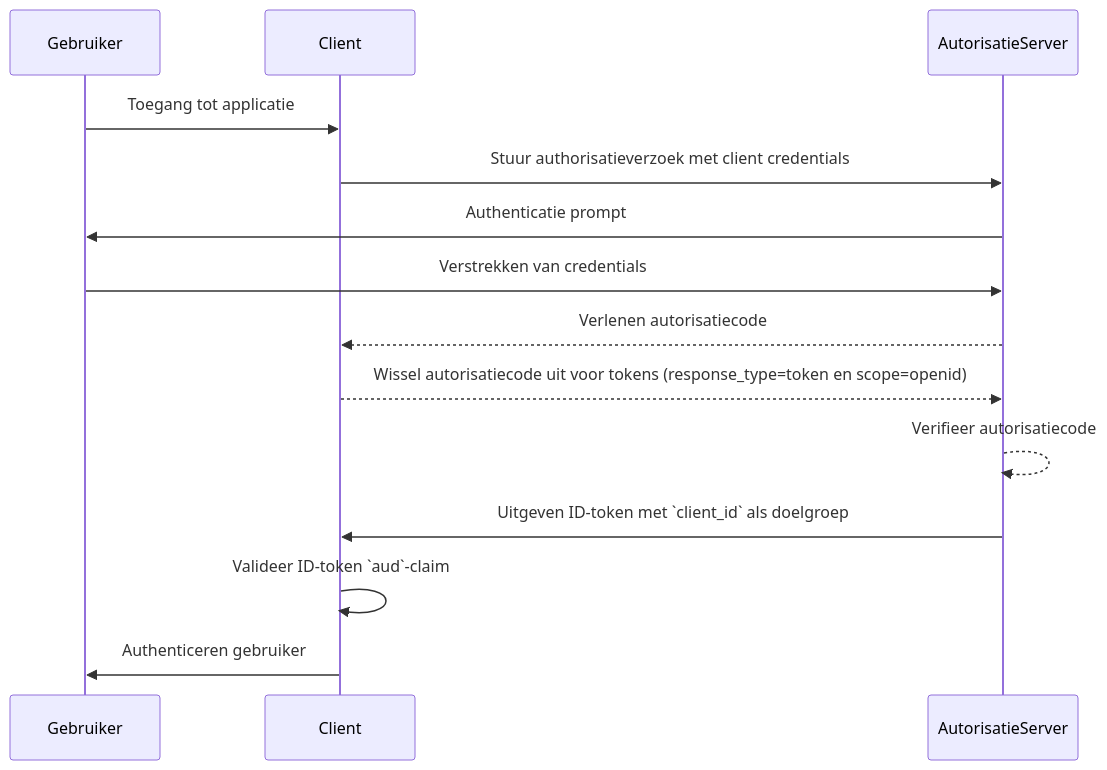
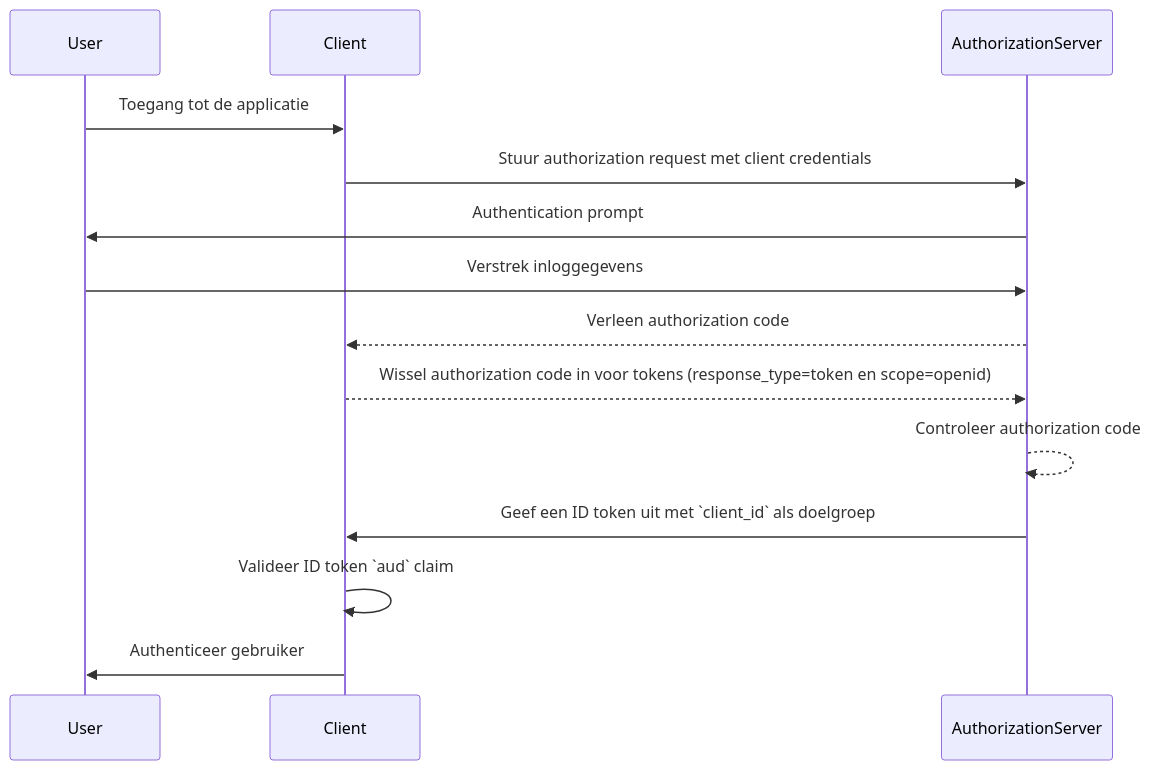
One commit to logto-io/auth-wiki changed the first of 2 diagrams in src/content/terms/nl/audience.mdx. Above: the diagram before and after it, drawn with Mermaid. The commit also changed other lines of this file and 48 other files, not shown here.

````diff
--- a/src/content/terms/nl/audience.mdx
+++ b/src/content/terms/nl/audience.mdx
@@ -49,17 +49,17 @@
 ```mermaid
 sequenceDiagram
-    participant Gebruiker
+    participant User
     participant Client
-    participant AutorisatieServer
+    participant AuthorizationServer
 
-    Gebruiker->>Client: Toegang tot applicatie
-    Client->>AutorisatieServer: Stuur authorisatieverzoek met client credentials
-    AutorisatieServer->>Gebruiker: Authenticatie prompt
-    Gebruiker->>AutorisatieServer: Verstrekken van credentials
-    AutorisatieServer-->>Client: Verlenen autorisatiecode
-    Client-->>AutorisatieServer: Wissel autorisatiecode uit voor tokens (response_type=token en scope=openid)
-    AutorisatieServer-->>AutorisatieServer: Verifieer autorisatiecode
-    AutorisatieServer->>Client: Uitgeven ID-token met `client_id` als doelgroep
-    Client->> Client: Valideer ID-token `aud`-claim
-    Client->>Gebruiker: Authenticeren gebruiker
+    User->>Client: Toegang tot de applicatie
+    Client->>AuthorizationServer: Stuur authorization request met client credentials
+    AuthorizationServer->>User: Authentication prompt
+    User->>AuthorizationServer: Verstrek inloggegevens
+    AuthorizationServer-->>Client: Verleen authorization code
+    Client-->>AuthorizationServer: Wissel authorization code in voor tokens (response_type=token en scope=openid)
+    AuthorizationServer-->>AuthorizationServer: Controleer authorization code
+    AuthorizationServer->>Client: Geef een ID token uit met `client_id` als doelgroep
+    Client->> Client: Valideer ID token `aud` claim
+    Client->>User: Authenticeer gebruiker
 ```
````
